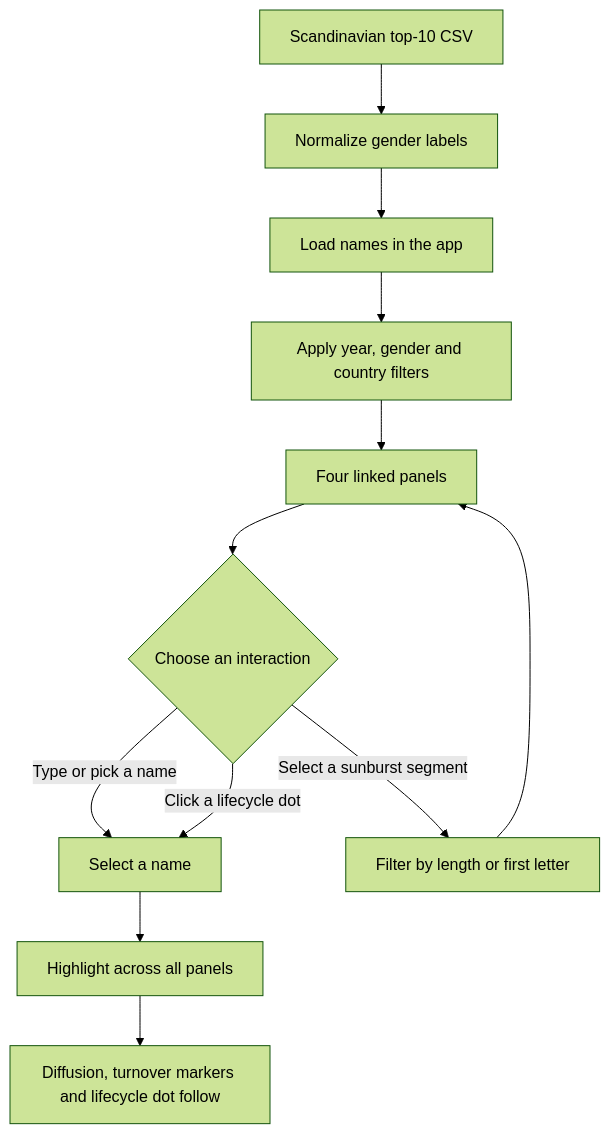
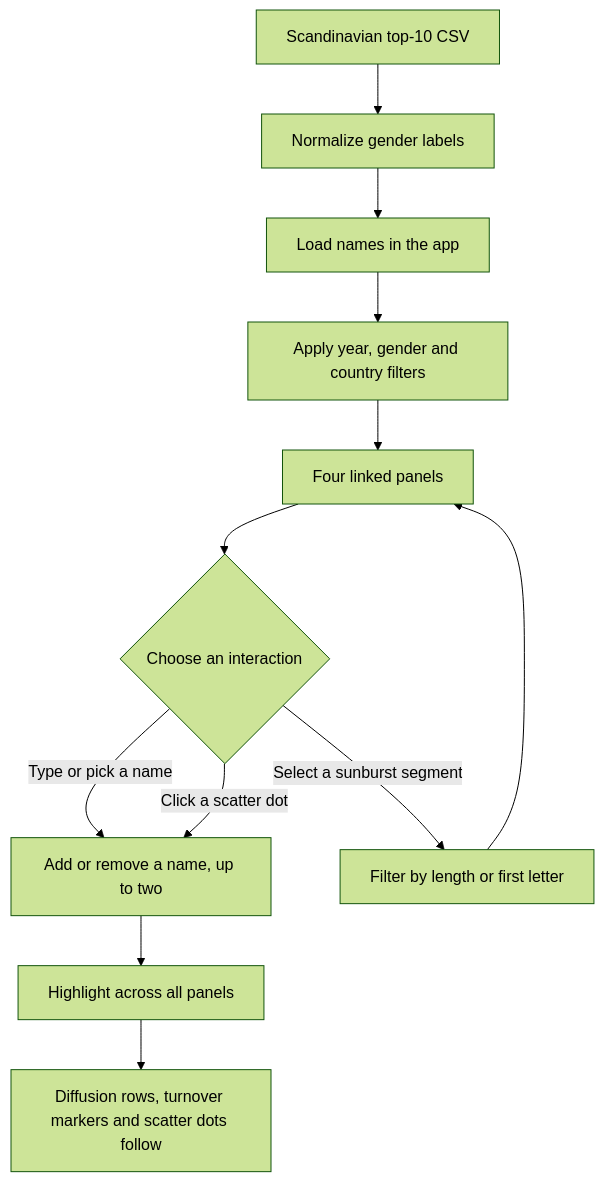
Before and after one commit to Eliashaa/InfoVis-project: the diagram in README.md, drawn with Mermaid (forest theme). The commit also changed other lines of this file and 9 other files, not shown here.

````diff
--- a/README.md
+++ b/README.md
@@ -83,14 +92,14 @@
 ```mermaid
 flowchart TD
 	A[Scandinavian top-10 CSV] --> B[Normalize gender labels]
 	B --> C[Load names in the app]
 	C --> D[Apply year, gender and country filters]
 	D --> E[Four linked panels]
 	E --> F{Choose an interaction}
-	F -->|Type or pick a name| G[Select a name]
+	F -->|Type or pick a name| G[Add or remove a name, up to two]
 	F -->|Select a sunburst segment| H[Filter by length or first letter]
-	F -->|Click a lifecycle dot| G
+	F -->|Click a scatter dot| G
 	H --> E
 	G --> I[Highlight across all panels]
-	I --> J[Diffusion, turnover markers and lifecycle dot follow]
+	I --> J[Diffusion rows, turnover markers and scatter dots follow]
 ```
````
